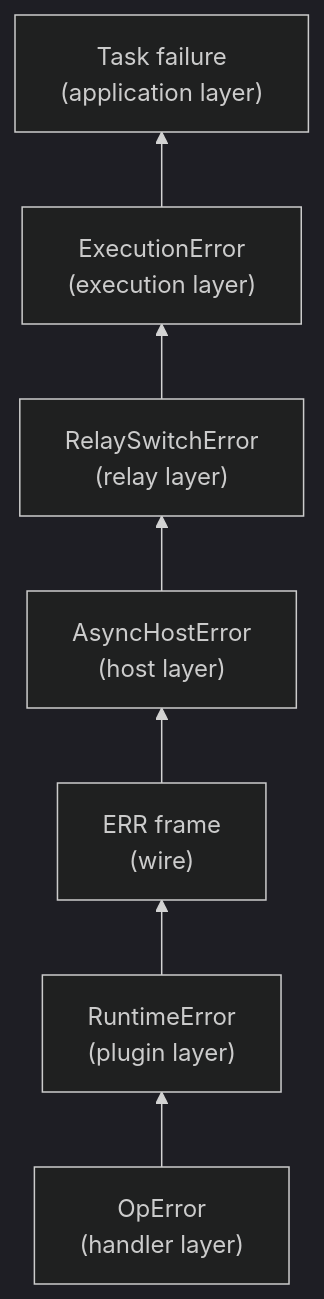
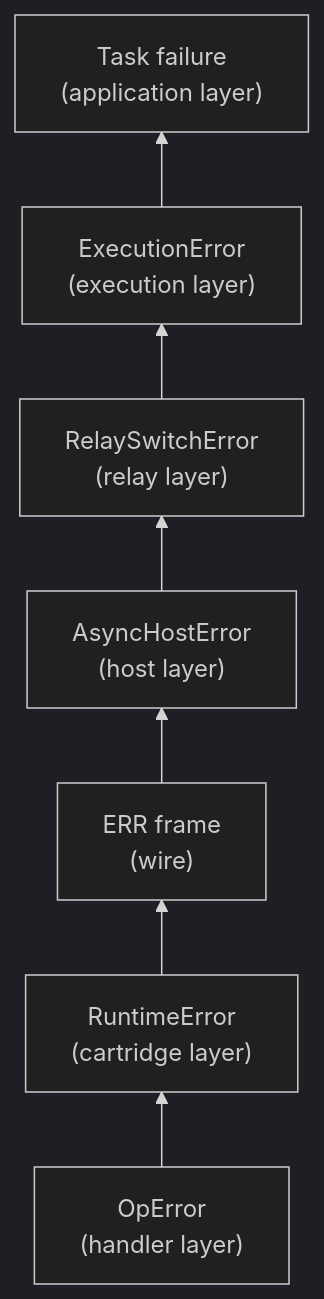
Before and after one commit to machinefabric/capns: the first of 3 diagrams in docs/17.2-ERROR-HANDLING.md, drawn with Mermaid (dark theme). The commit also changed other lines of this file and 53 other files, not shown here.

````diff
--- a/docs/17.2-ERROR-HANDLING.md
+++ b/docs/17.2-ERROR-HANDLING.md
@@ -7,9 +7,9 @@
 ```mermaid
 graph BT
-    OP["OpError<br/>(handler layer)"] --> RT["RuntimeError<br/>(plugin layer)"]
+    OP["OpError<br/>(handler layer)"] --> RT["RuntimeError<br/>(cartridge layer)"]
     RT --> ERR["ERR frame<br/>(wire)"]
     ERR --> AH["AsyncHostError<br/>(host layer)"]
     AH --> RSE["RelaySwitchError<br/>(relay layer)"]
     RSE --> EX["ExecutionError<br/>(execution layer)"]
     EX --> TASK["Task failure<br/>(application layer)"]
 ```
````
